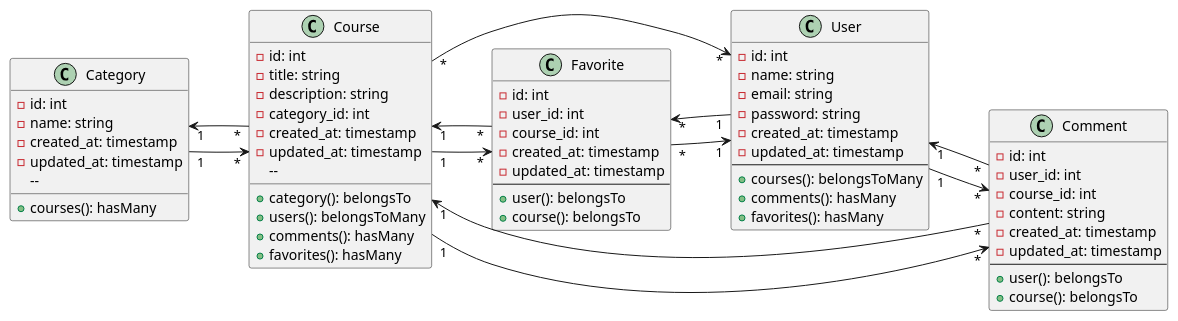
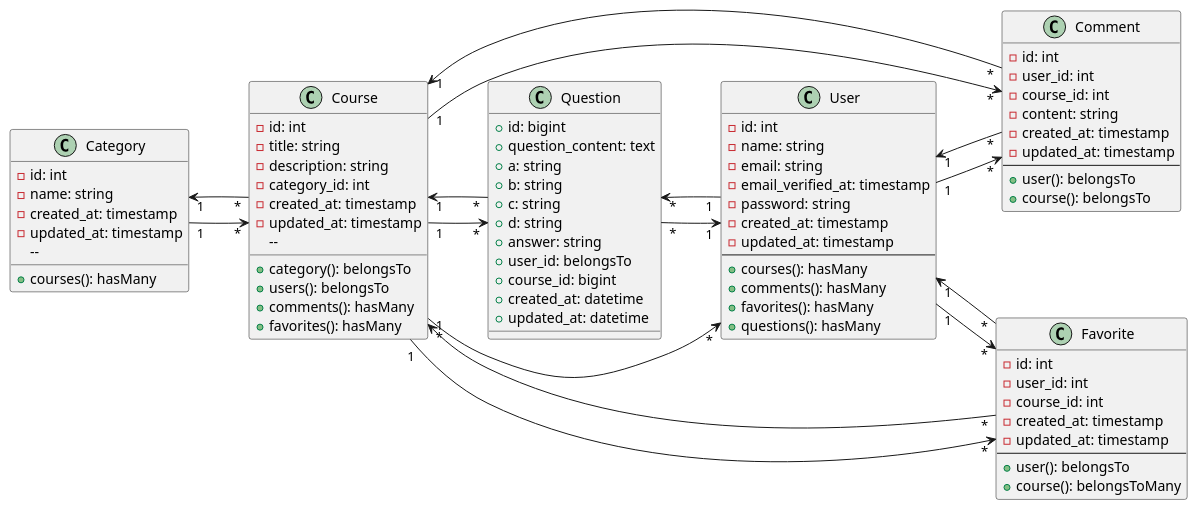
One commit to LyThanhHao/Final_Project changed the diagram in classDiagram.puml. Above: the diagram before and after it, drawn with PlantUML. The commit also changed 10 other files, not shown here.

```diff
--- a/classDiagram.puml
+++ b/classDiagram.puml
@@ -1,76 +1,96 @@
 @startuml
 
 left to right direction
 
 class Category {
   -id: int
   -name: string
   -created_at: timestamp
   -updated_at: timestamp
   -- 
   +courses(): hasMany
 }
 
 class Course {
   -id: int
   -title: string
   -description: string
   -category_id: int
   -created_at: timestamp
   -updated_at: timestamp
   -- 
   +category(): belongsTo
-  +users(): belongsToMany
+  +users(): belongsTo
   +comments(): hasMany
   +favorites(): hasMany
 }
 
 class User {
   -id: int
   -name: string
   -email: string
+  -email_verified_at: timestamp
   -password: string
   -created_at: timestamp
   -updated_at: timestamp
   --
-  +courses(): belongsToMany
+  +courses(): hasMany
   +comments(): hasMany
   +favorites(): hasMany
+  +questions(): hasMany
 }
 
 class Comment {
   -id: int
   -user_id: int
   -course_id: int
   -content: string
   -created_at: timestamp
   -updated_at: timestamp
   --
   +user(): belongsTo
   +course(): belongsTo
 }
 
 class Favorite {
   -id: int
   -user_id: int
   -course_id: int
   -created_at: timestamp
   -updated_at: timestamp
   --
   +user(): belongsTo
-  +course(): belongsTo
+  +course(): belongsToMany
+}
+
+class Question {
+    +id: bigint
+    +question_content: text
+    +a: string
+    +b: string
+    +c: string
+    +d: string
+    +answer: string
+    +user_id: belongsTo
+    +course_id: bigint
+    +created_at: datetime
+    +updated_at: datetime
 }
 
 Category "1" --> "*" Course
 Course "*" --> "1" Category
 Course "*" --> "*" User
 User "1" --> "*" Comment
 Course "1" --> "*" Comment
 User "1" --> "*" Favorite
 Course "1" --> "*" Favorite
+User "1" --> "*" Question
+Course "1" --> "*" Question
 Comment "*" --> "1" User
 Comment "*" --> "1" Course
 Favorite "*" --> "1" User
 Favorite "*" --> "1" Course
+Question "*" --> "1" User
+Question "*" --> "1" Course
 
 @enduml
```
